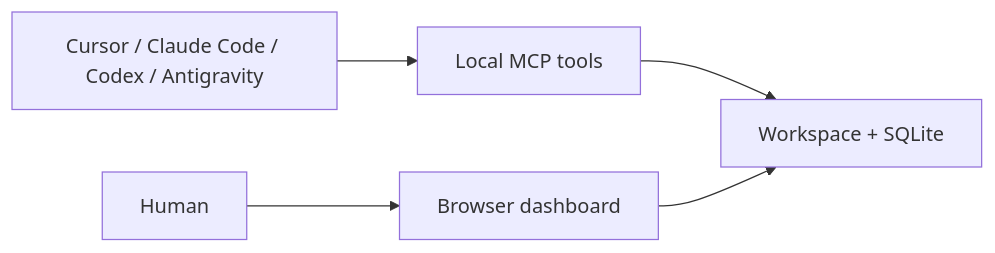
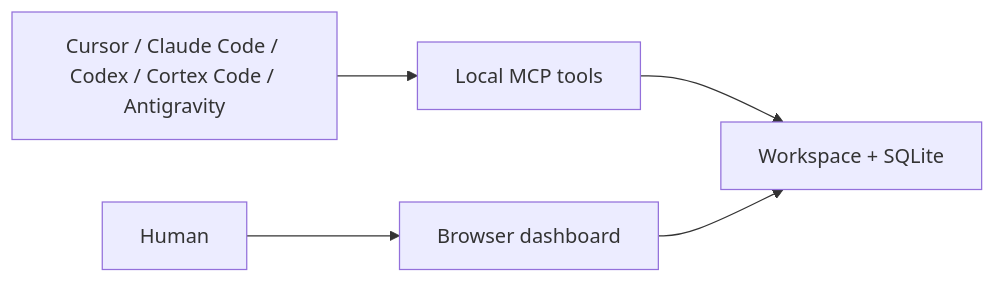
One commit to kennethwallace21-sys/Agent-Collaboration-Hub changed the diagram in README.md. Above: the diagram before and after it, drawn with Mermaid. The commit also changed other lines of this file and 15 other files, not shown here.

Commit message:
Add Cortex Code support and harden Windows cutover

````diff
--- a/README.md
+++ b/README.md
@@ -80,7 +81,7 @@
 ```mermaid
 flowchart LR
-    Agents[Cursor / Claude Code / Codex / Antigravity] --> MCP[Local MCP tools]
+    Agents[Cursor / Claude Code / Codex / Cortex Code / Antigravity] --> MCP[Local MCP tools]
     MCP --> Workspace[Workspace + SQLite]
     Human[Human] --> Dashboard[Browser dashboard]
     Dashboard --> Workspace
 ```
````
